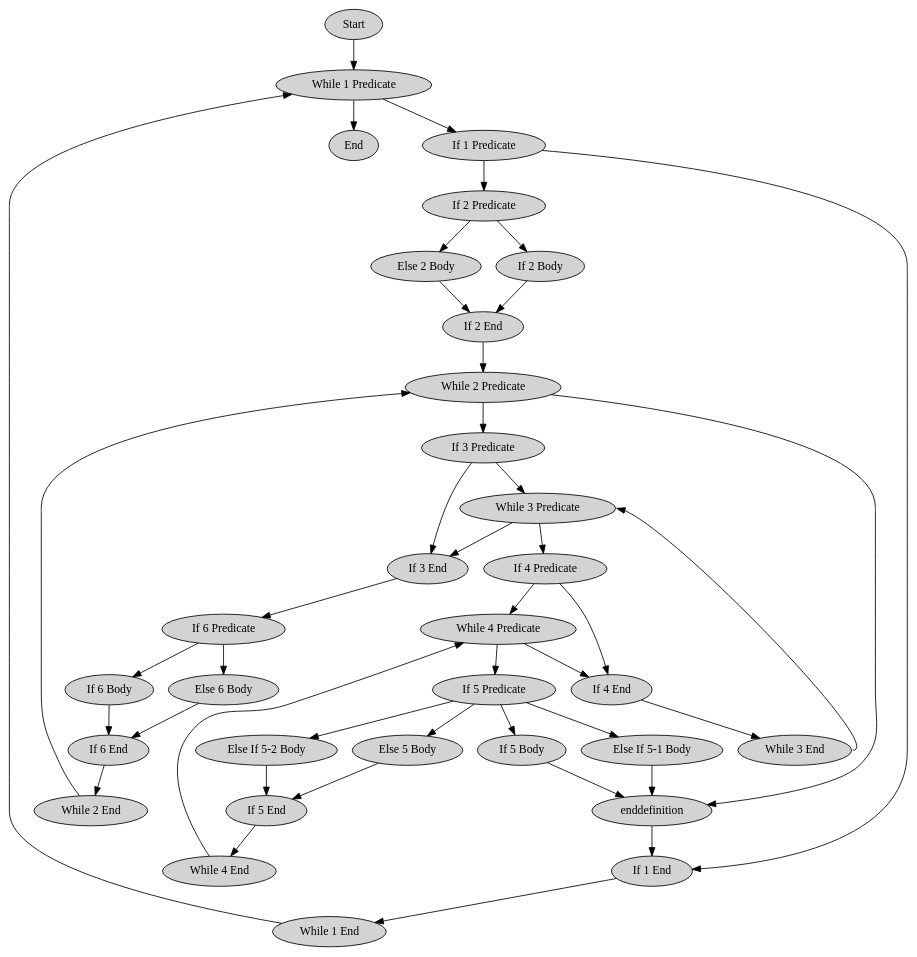
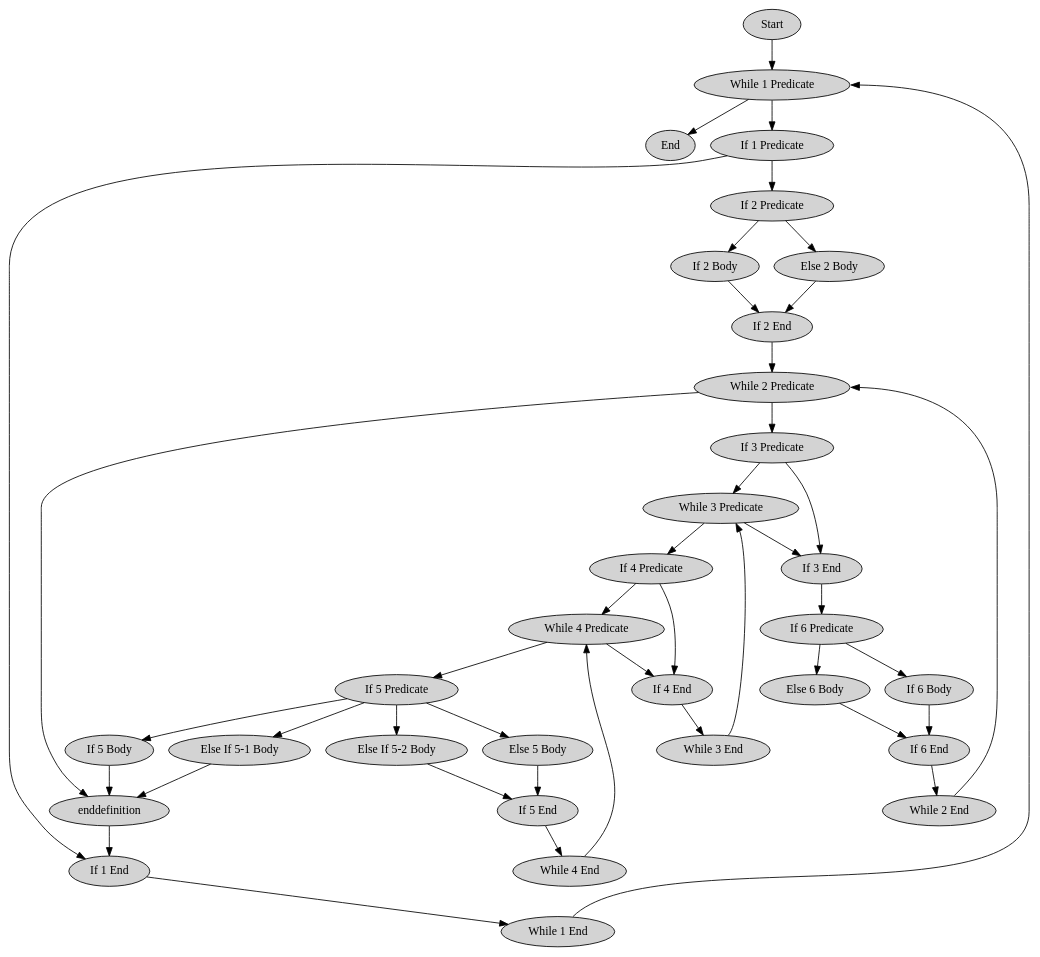
One commit to seanfisk/cpg-islands changed the diagram in papers/final/takai-jones-control-flow/diagram.dot. Above: the diagram before and after it, drawn with Graphviz. The commit also changed 2 other files, not shown here.

Commit message:
Update the TJ control flow graph to add corrections.

```diff
--- a/papers/final/takai-jones-control-flow/diagram.dot
+++ b/papers/final/takai-jones-control-flow/diagram.dot
@@ -1,82 +1,90 @@
 // This is a control flow graph of the Takai-Jones script taking
 // `last' commands (basically gotos) into account.
 strict digraph CpGTakaiJones {
-        node [style=filled,fillcolor=lightgray];
-        start [label="Start"];
+        node [style=filled,fillcolor=lightgray]
+        start [label="Start"]
 
-        w1p [label="While 1 Predicate"];
-        w1e [label="While 1 End"];
+        w1p [label="While 1 Predicate"]
+        w1e [label="While 1 End"]
 
-        w2p [label="While 2 Predicate"];
-        w2e [label="While 2 End"];
-        enddefinition [label="enddefinition"];
+        w2p [label="While 2 Predicate"]
+        w2e [label="While 2 End"]
+        enddefinition [label="enddefinition"]
 
-        w3p [label="While 3 Predicate"];
-        w3e [label="While 3 End"];
+        w3p [label="While 3 Predicate"]
+        w3e [label="While 3 End"]
 
-        w4p [label="While 4 Predicate"];
-        w4e [label="While 4 End"];
+        w4p [label="While 4 Predicate"]
+        w4e [label="While 4 End"]
 
-        i1p [label="If 1 Predicate"];
-        i1e [label="If 1 End"];
+        i1p [label="If 1 Predicate"]
+        i1e [label="If 1 End"]
 
-        i2p [label="If 2 Predicate"];
-        i2b [label="If 2 Body"];
-        e2b [label="Else 2 Body"];
-        i2e [label="If 2 End"];
+        i2p [label="If 2 Predicate"]
+        i2b [label="If 2 Body"]
+        e2b [label="Else 2 Body"]
+        i2e [label="If 2 End"]
 
-        i3p [label="If 3 Predicate"];
-        i3e [label="If 3 End"];
+        i3p [label="If 3 Predicate"]
+        i3e [label="If 3 End"]
 
-        i4p [label="If 4 Predicate"];
-        i4e [label="If 4 End"];
+        i4p [label="If 4 Predicate"]
+        i4e [label="If 4 End"]
 
-        i5p [label="If 5 Predicate"];
-        i5b [label="If 5 Body"];
-        ei5_1b [label="Else If 5-1 Body"];
-        ei5_2b [label="Else If 5-2 Body"];
-        e5b [label="Else 5 Body"];
-        i5e [label="If 5 End"];
+        i5p [label="If 5 Predicate"]
+        i5b [label="If 5 Body"]
+        ei5_1b [label="Else If 5-1 Body"]
+        ei5_2b [label="Else If 5-2 Body"]
+        e5b [label="Else 5 Body"]
+        i5e [label="If 5 End"]
 
-        i6p [label="If 6 Predicate"];
-        i6b [label="If 6 Body"];
-        e6b [label="Else 6 Body"];
-        i6e [label="If 6 End"];
+        i6p [label="If 6 Predicate"]
+        i6b [label="If 6 Body"]
+        e6b [label="Else 6 Body"]
+        i6e [label="If 6 End"]
 
-        end [label="End"];
+        end [label="End"]
 
-        start -> w1p;
-        w1p -> end;
-        w1p -> i1p;
-        i1p -> i2p;
-        i1p -> i1e;
-        i2p -> i2b -> i2e;
-        i2p -> e2b -> i2e;
-        i2e -> w2p;
-        w2p -> i3p;
-        w2p -> enddefinition;
-        i3p -> w3p;
-        i3p -> i3e;
-        w3p -> i4p;
-        w3p -> i3e;
-        i4p -> w4p;
-        i4p -> i4e;
-        w4p -> i5p;
-        w4p -> i4e;
-        i5p -> i5b -> enddefinition;
-        i5p -> ei5_1b -> enddefinition;
-        i5p -> ei5_2b -> i5e;
-        i5p -> e5b -> i5e;
-        i5e -> w4e;
-        w4e -> w4p;
-        i4e -> w3e;
-        w3e:e -> w3p:e;
-        i3e -> i6p;
-        i6p -> i6b -> i6e;
-        i6p -> e6b -> i6e;
-        i6e -> w2e;
-        w2e -> w2p;
-        enddefinition -> i1e;
-        i1e -> w1e;
-        w1e -> w1p;
+        start -> w1p
+        w1p -> end
+        w1p -> i1p
+        i1p -> i2p
+        i1p -> i1e
+        i2p -> i2b
+        i2p -> e2b
+        i2b -> i2e
+        e2b -> i2e
+        i2e -> w2p
+        w2p -> i3p
+        w2p -> enddefinition
+        i3p -> w3p
+        i3p -> i3e
+        w3p -> i4p
+        w3p -> i3e
+        i4p -> w4p
+        i4p -> i4e
+        w4p -> i5p
+        w4p -> i4e
+        i5p -> i5b
+        i5b -> enddefinition
+        i5p -> ei5_1b
+        ei5_1b -> enddefinition
+        i5p -> ei5_2b
+        i5p -> e5b
+        ei5_2b -> i5e
+        e5b -> i5e
+        i5e -> w4e
+        w4e:ne -> w4p:s
+        i4e -> w3e
+        w3e:ne -> w3p:se
+        i3e -> i6p
+        i6p -> i6b
+        i6p -> e6b
+        i6b -> i6e
+        e6b -> i6e
+        i6e -> w2e
+        w2e:ne -> w2p:e
+        enddefinition -> i1e
+        i1e -> w1e
+        w1e:ne -> w1p:e
 }
```
